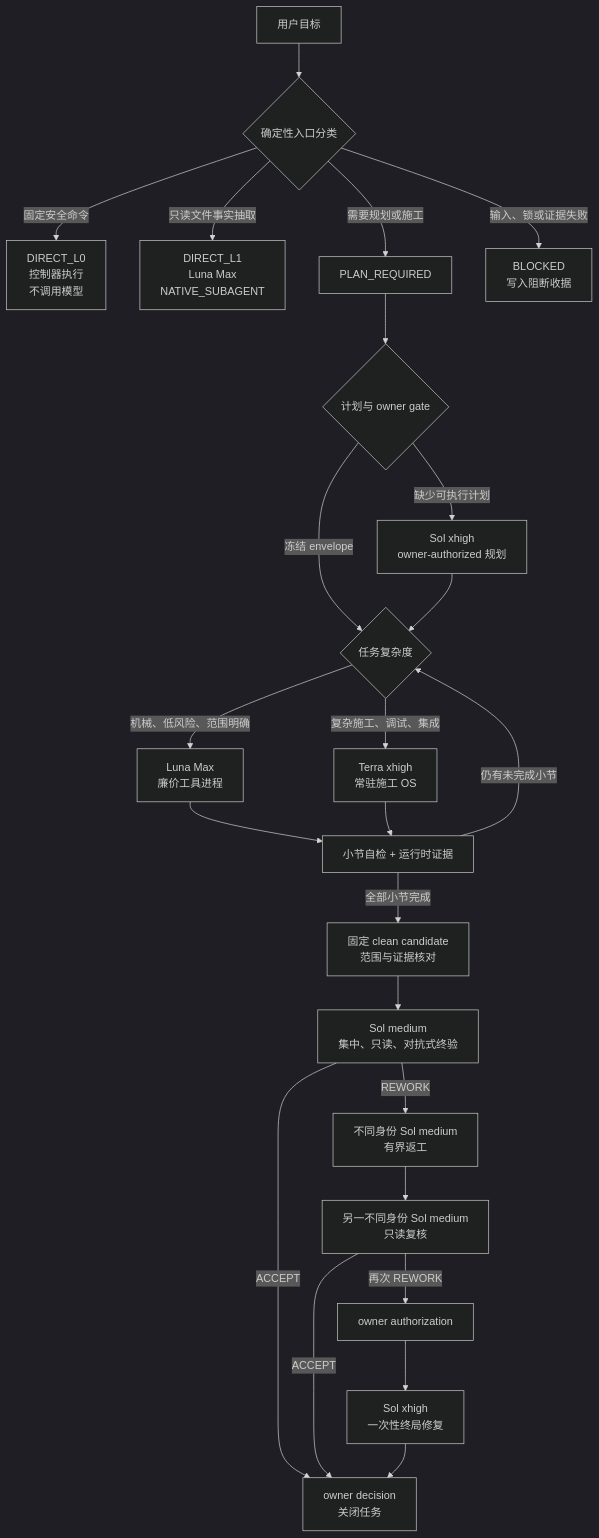
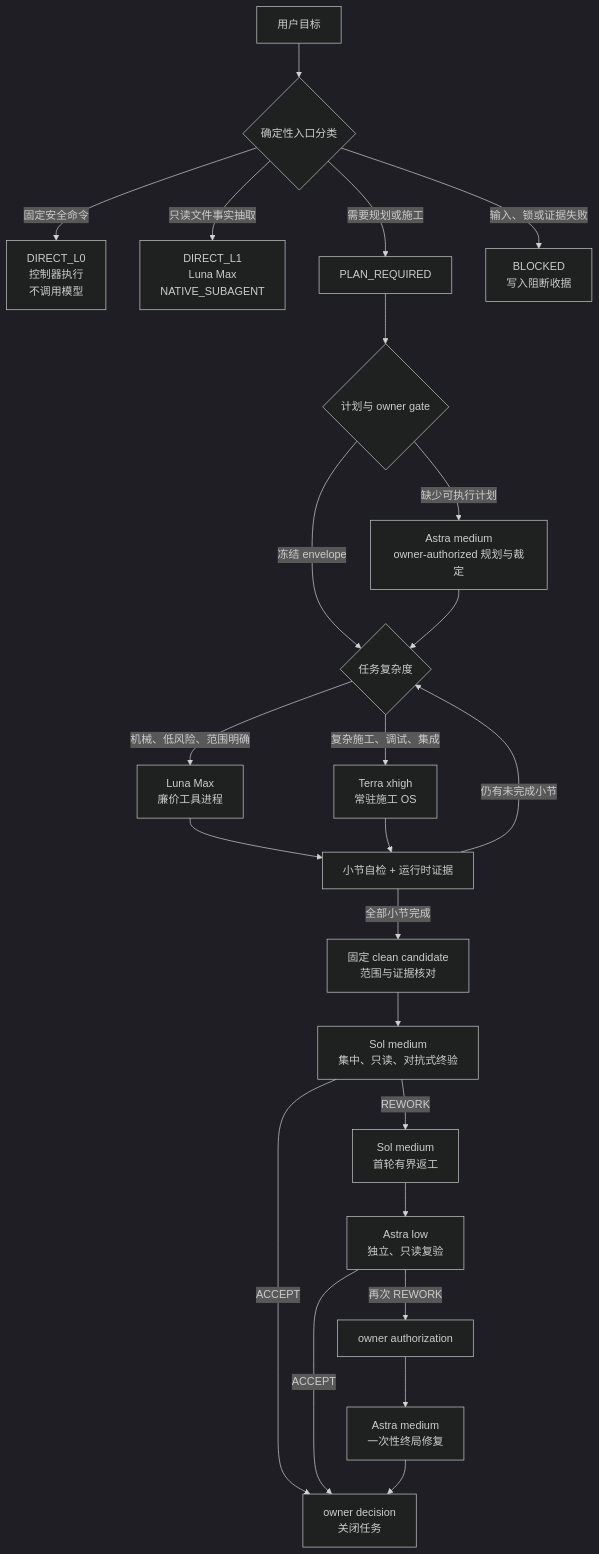
The first of 2 diagrams in README.md (New2taste/codex-team), drawn with Mermaid (dark theme) before and after one commit. The commit also changed other lines of this file and 37 other files, not shown here.

First line of the commit message:
feat(workflow): route Sol xhigh duties to Astra

````diff
--- a/README.md
+++ b/README.md
@@ -41,27 +42,27 @@
 ```mermaid
 flowchart TD
     A[用户目标] --> B{确定性入口分类}
     B -->|固定安全命令| C[DIRECT_L0<br/>控制器执行<br/>不调用模型]
     B -->|只读文件事实抽取| D[DIRECT_L1<br/>Luna Max<br/>NATIVE_SUBAGENT]
     B -->|需要规划或施工| E[PLAN_REQUIRED]
     B -->|输入、锁或证据失败| X[BLOCKED<br/>写入阻断收据]
 
     E --> F{计划与 owner gate}
-    F -->|缺少可执行计划| G[Sol xhigh<br/>owner-authorized 规划]
+    F -->|缺少可执行计划| G[Astra medium<br/>owner-authorized 规划与裁定]
     F -->|冻结 envelope| H{任务复杂度}
     G --> H
     H -->|机械、低风险、范围明确| I[Luna Max<br/>廉价工具进程]
     H -->|复杂施工、调试、集成| J[Terra xhigh<br/>常驻施工 OS]
     I --> K[小节自检 + 运行时证据]
     J --> K
     K -->|仍有未完成小节| H
     K -->|全部小节完成| L[固定 clean candidate<br/>范围与证据核对]
     L --> M[Sol medium<br/>集中、只读、对抗式终验]
     M -->|ACCEPT| N[owner decision<br/>关闭任务]
-    M -->|REWORK| O[不同身份 Sol medium<br/>有界返工]
-    O --> P[另一不同身份 Sol medium<br/>只读复核]
+    M -->|REWORK| O[Sol medium<br/>首轮有界返工]
+    O --> P[Astra low<br/>独立、只读复验]
     P -->|ACCEPT| N
     P -->|再次 REWORK| Q[owner authorization]
-    Q --> R[Sol xhigh<br/>一次性终局修复]
+    Q --> R[Astra medium<br/>一次性终局修复]
     R --> N
 ```
````
